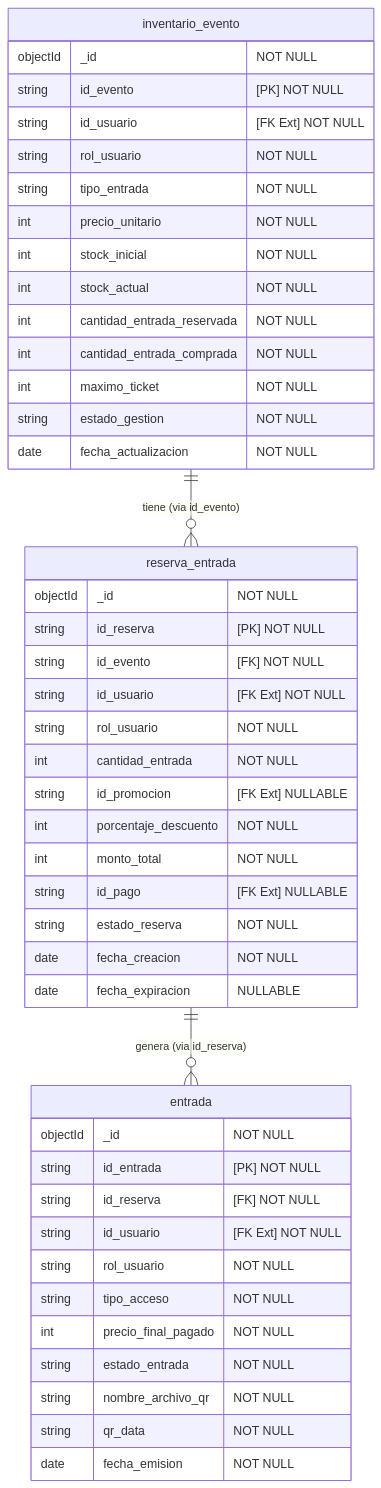
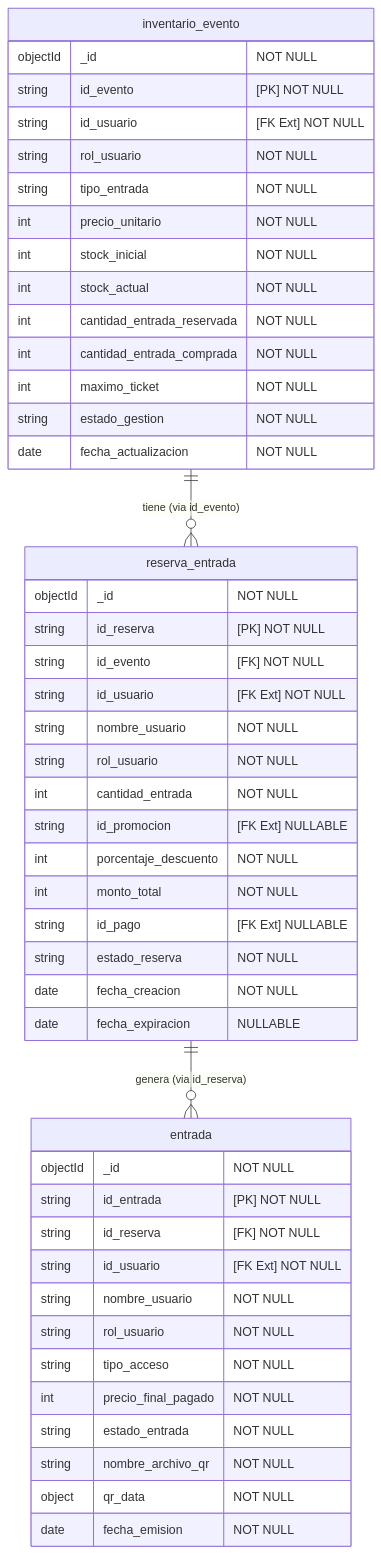
One commit to Microservicios-Entradas-Inventario/arquitectura_ms_entradas_inventario changed the diagram in database/DICCIONARIO_DATOS.md. Above: the diagram before and after it, drawn with Mermaid. The commit also changed other lines of this file and 6 other files, not shown here.

Commit message:
feat(database): actualiza esquema qr_data a object y agrega nombre_usuario segun requerimiento SM

````diff
--- a/database/DICCIONARIO_DATOS.md
+++ b/database/DICCIONARIO_DATOS.md
@@ -7,51 +7,53 @@
 ```mermaid
 erDiagram
     inventario_evento ||--o{ reserva_entrada : "tiene (via id_evento)"
     reserva_entrada ||--o{ entrada : "genera (via id_reserva)"
 
     inventario_evento {
         objectId _id "NOT NULL"
         string id_evento "[PK] NOT NULL"
         string id_usuario "[FK Ext] NOT NULL"
         string rol_usuario "NOT NULL"
         string tipo_entrada "NOT NULL"
         int precio_unitario "NOT NULL"
         int stock_inicial "NOT NULL"
         int stock_actual "NOT NULL"
         int cantidad_entrada_reservada "NOT NULL"
         int cantidad_entrada_comprada "NOT NULL"
         int maximo_ticket "NOT NULL"
         string estado_gestion "NOT NULL"
         date fecha_actualizacion "NOT NULL"
     }
 
     reserva_entrada {
         objectId _id "NOT NULL"
         string id_reserva "[PK] NOT NULL"
         string id_evento "[FK] NOT NULL"
         string id_usuario "[FK Ext] NOT NULL"
+        string nombre_usuario "NOT NULL"
         string rol_usuario "NOT NULL"
         int cantidad_entrada "NOT NULL"
         string id_promocion "[FK Ext] NULLABLE"
         int porcentaje_descuento "NOT NULL"
         int monto_total "NOT NULL"
         string id_pago "[FK Ext] NULLABLE"
         string estado_reserva "NOT NULL"
         date fecha_creacion "NOT NULL"
         date fecha_expiracion "NULLABLE"
     }
 
     entrada {
         objectId _id "NOT NULL"
         string id_entrada "[PK] NOT NULL"
         string id_reserva "[FK] NOT NULL"
         string id_usuario "[FK Ext] NOT NULL"
+        string nombre_usuario "NOT NULL"
         string rol_usuario "NOT NULL"
         string tipo_acceso "NOT NULL"
         int precio_final_pagado "NOT NULL"
         string estado_entrada "NOT NULL"
         string nombre_archivo_qr "NOT NULL"
-        string qr_data "NOT NULL"
+        object qr_data "NOT NULL"
         date fecha_emision "NOT NULL"
     }
 ```
````
